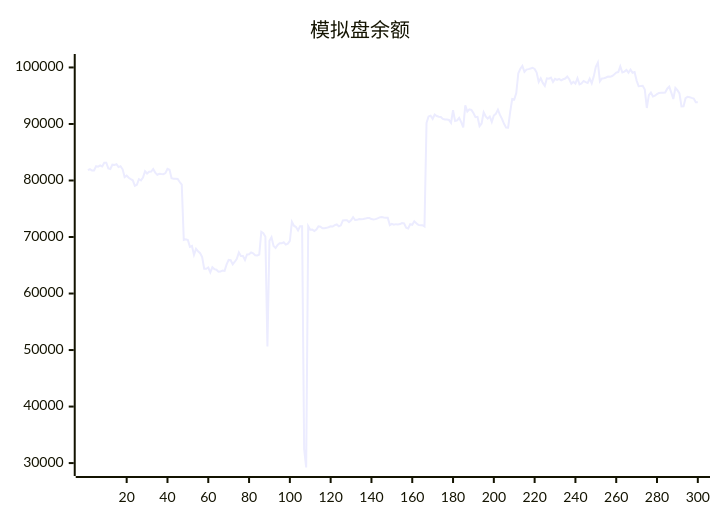
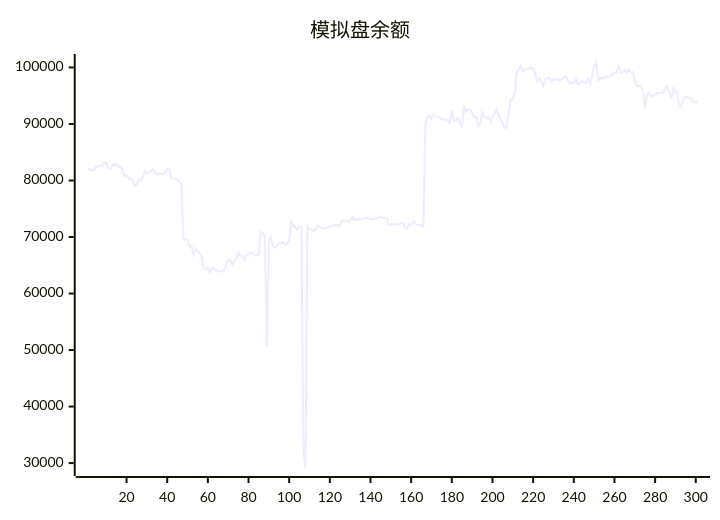
One commit to aahl/ai-trading changed the diagram in README.md. Above: the diagram before and after it, drawn with Mermaid. The commit also changed other lines of this file and 1 other file, not shown here.

````diff
--- a/README.md
+++ b/README.md
@@ -5,5 +5,5 @@
 ```mermaid
 xychart
     title "模拟盘余额"
-    line [81829,82022,81769,81776,82522,82441,82656,82499,83144,83145,82150,82038,82797,82763,82872,82367,82536,81981,80612,80862,80484,80242,80034,79063,79245,80227,80016,80507,81625,81233,81544,81578,82016,81401,81019,81186,81130,81118,81306,82066,81909,80392,80304,80291,80258,79729,79261,69466,69579,69456,68251,68415,66832,67911,67462,67144,66432,64380,64375,64606,63741,64647,64324,64216,63842,63877,64079,64008,65156,65945,65888,65157,65625,66144,67284,66653,66639,65924,66925,66956,67263,67108,66766,66729,66886,70927,70673,70049,50652,69334,69973,68400,68061,68578,68877,68879,69055,68662,68822,69329,72687,71999,71760,71163,71911,71896,32500,29218,71927,71297,71305,71044,71337,71883,71822,71536,71536,71622,71723,71880,71860,72100,72216,71887,72077,72940,72976,72966,72638,72948,73497,73004,73041,73173,73160,73187,73258,73375,73351,73173,73098,73161,73305,73474,73536,73457,73413,73412,72100,72333,72164,72272,72204,72285,72461,72421,71652,71521,72267,72157,72774,72425,72144,72060,72091,71858,90185,91338,91466,90900,91678,91404,91268,91244,90903,90779,90787,90721,90187,92429,90518,90619,91070,90328,89376,93286,92202,92581,92485,91947,91196,91259,89619,90086,92063,91355,90950,91327,90373,91498,91800,92531,91603,90910,90031,89351,89334,92097,94406,94315,95455,98972,99763,100286,99229,99622,99701,99805,99938,99738,99082,97430,98094,97267,96741,98081,98013,98194,97447,97983,97789,97969,97729,97911,98043,98405,97912,97120,97448,97154,98095,97021,97191,97616,97402,97263,98035,97210,98424,100121,100876,97552,98049,98085,98228,98388,98342,98488,98750,99086,99181,100188,99107,99272,99553,99072,99636,99061,99186,97674,96679,96704,96743,96096,92830,95088,95560,94866,94995,95295,95497,95531,95527,95559,96236,96597,95538,94422,96363,95972,95418,93095,93128,94558,94795,94727,94611,94508,93857,93852]
+    line [81829,82022,81769,81776,82522,82441,82656,82499,83144,83145,82150,82038,82797,82763,82872,82367,82536,81981,80612,80862,80484,80242,80034,79063,79245,80227,80016,80507,81625,81233,81544,81578,82016,81401,81019,81186,81130,81118,81306,82066,81909,80392,80304,80291,80258,79729,79261,69466,69579,69456,68251,68415,66832,67911,67462,67144,66432,64380,64375,64606,63741,64647,64324,64216,63842,63877,64079,64008,65156,65945,65888,65157,65625,66144,67284,66653,66639,65924,66925,66956,67263,67108,66766,66729,66886,70927,70673,70049,50652,69334,69973,68400,68061,68578,68877,68879,69055,68662,68822,69329,72687,71999,71760,71163,71911,71896,32500,29218,71927,71297,71305,71044,71337,71883,71822,71536,71536,71622,71723,71880,71860,72100,72216,71887,72077,72940,72976,72966,72638,72948,73497,73004,73041,73173,73160,73187,73258,73375,73351,73173,73098,73161,73305,73474,73536,73457,73413,73412,72100,72333,72164,72272,72204,72285,72461,72421,71652,71521,72267,72157,72774,72425,72144,72060,72091,71858,90185,91338,91466,90900,91678,91404,91268,91244,90903,90779,90787,90721,90187,92429,90518,90619,91070,90328,89376,93286,92202,92581,92485,91947,91196,91259,89619,90086,92063,91355,90950,91327,90373,91498,91800,92531,91603,90910,90031,89351,89334,92097,94406,94315,95455,98972,99763,100286,99229,99622,99701,99805,99938,99738,99082,97430,98094,97267,96741,98081,98013,98194,97447,97983,97789,97969,97729,97911,98043,98405,97912,97120,97448,97154,98095,97021,97191,97616,97402,97263,98035,97210,98424,100121,100876,97552,98049,98085,98228,98388,98342,98488,98750,99086,99181,100188,99107,99272,99553,99072,99636,99061,99186,97674,96679,96704,96743,96096,92830,95088,95560,94866,94995,95295,95497,95531,95527,95559,96236,96597,95538,94422,96363,95972,95418,93095,93128,94558,94795,94727,94611,94508,93857,93852,93954]
 ```
````
